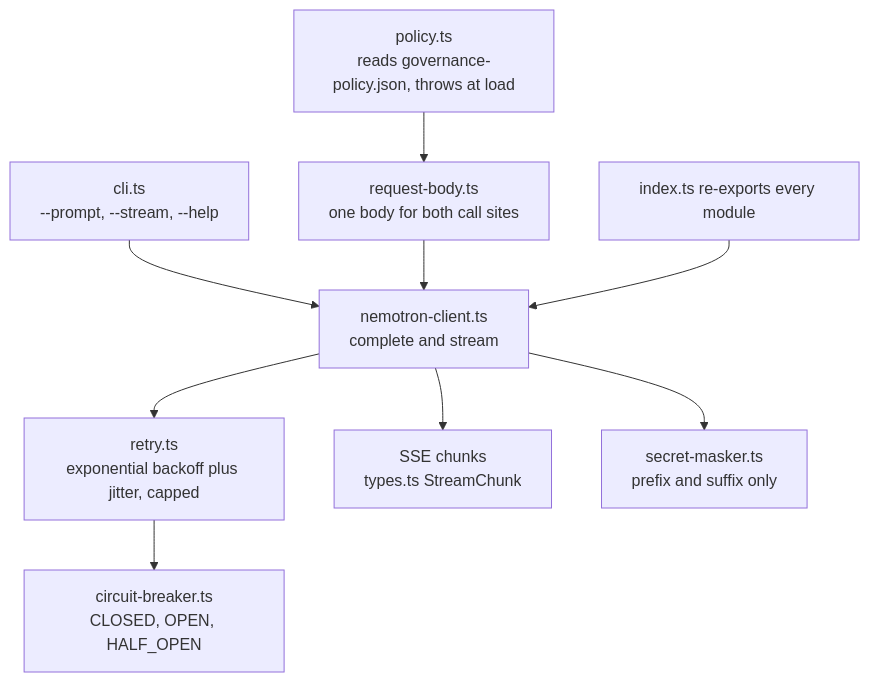
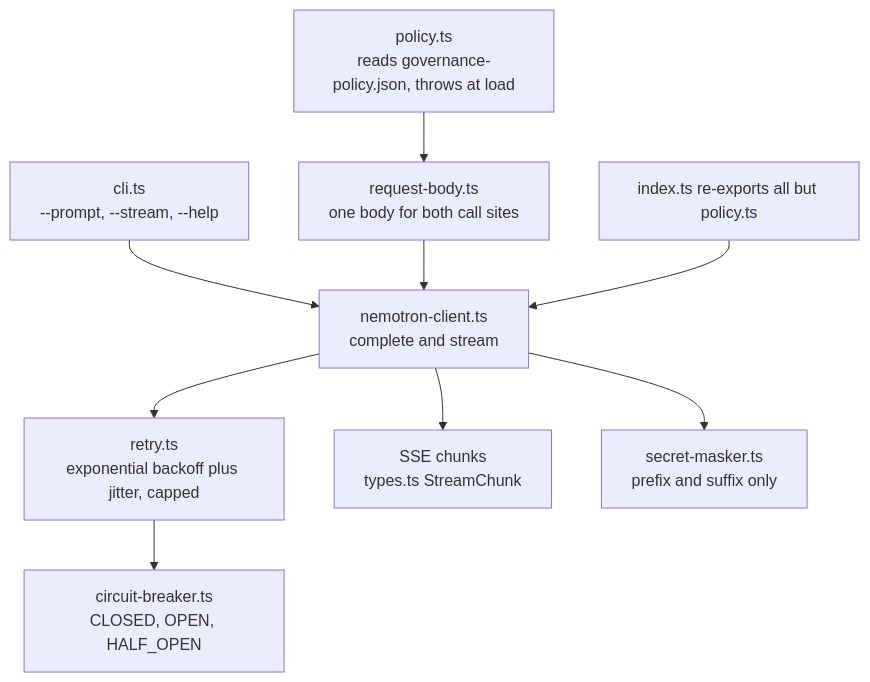
The diagram in harness/node/src/ai/nemotron/AGENTS.md (ianshank/Mango_Code_Agent-Harness), drawn with Mermaid before and after one commit. The commit also changed 10 other files, not shown here.

````diff
--- a/harness/node/src/ai/nemotron/AGENTS.md
+++ b/harness/node/src/ai/nemotron/AGENTS.md
@@ -18,11 +18,11 @@
 ```mermaid
 flowchart TD
   CLI["cli.ts<br/>--prompt, --stream, --help"] --> Client["nemotron-client.ts<br/>complete and stream"]
   Policy["policy.ts<br/>reads governance-policy.json, throws at load"] --> Body["request-body.ts<br/>one body for both call sites"]
   Body --> Client
   Client --> Retry["retry.ts<br/>exponential backoff plus jitter, capped"]
   Retry --> Breaker["circuit-breaker.ts<br/>CLOSED, OPEN, HALF_OPEN"]
   Client --> Chunks["SSE chunks<br/>types.ts StreamChunk"]
   Client --> Mask["secret-masker.ts<br/>prefix and suffix only"]
-  Index["index.ts re-exports every module"] --> Client
+  Index["index.ts re-exports all but policy.ts"] --> Client
 ```
````
